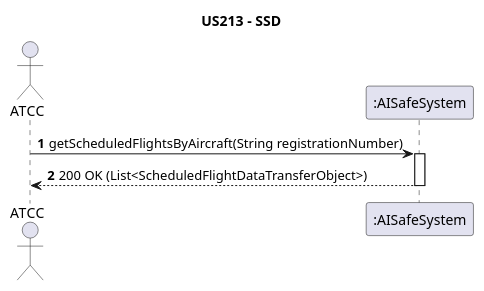
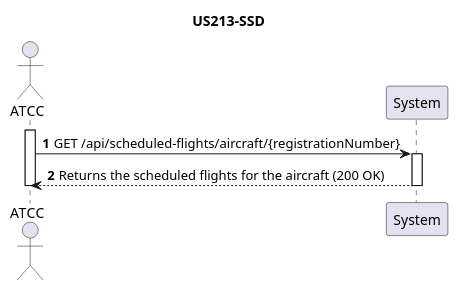
One commit to anamartasilvaa/PSOFT_AISafe_Flight changed the diagram in docs/WP#3B - Enhanced Route Management/US213/US213-SSD.puml. Above: the diagram before and after it, drawn with PlantUML. The commit also changed 18 other files, not shown here.

Commit message:
diagramas de WP#3B

```diff
--- a/docs/WP#3B - Enhanced Route Management/US213/US213-SSD.puml
+++ b/docs/WP#3B - Enhanced Route Management/US213/US213-SSD.puml
@@ -1,11 +1,13 @@
 @startuml
-title US213 - SSD
+title US213-SSD
 autonumber
-actor "ATCC" as ATCC
-participant ":AISafeSystem" as System
+actor "ATCC" as Operator
+participant "System" as Sys
 
-ATCC -> System : getScheduledFlightsByAircraft(String registrationNumber)
-activate System
-System --> ATCC : 200 OK (List<ScheduledFlightDataTransferObject>)
-deactivate System
+activate Operator
+Operator -> Sys : GET /api/scheduled-flights/aircraft/{registrationNumber}
+activate Sys
+Sys --> Operator : Returns the scheduled flights for the aircraft (200 OK)
+deactivate Sys
+deactivate Operator
 @enduml
```
